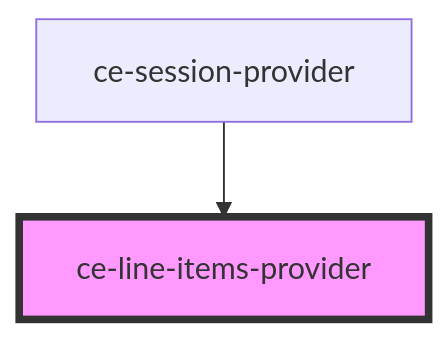
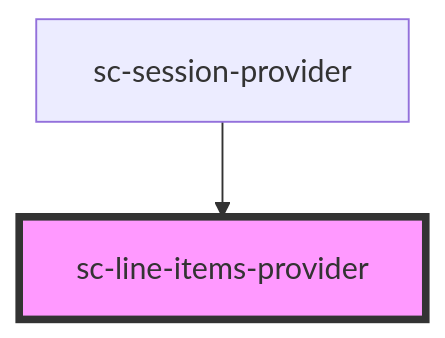
One commit to surecart/surecart-wp-plugin changed the diagram in packages/components/src/components/providers/line-items-provider/readme.md. Above: the diagram before and after it, drawn with Mermaid. The commit also changed other lines of this file and 1281 other files, not shown here.

````diff
--- a/packages/components/src/components/providers/line-items-provider/readme.md
+++ b/packages/components/src/components/providers/line-items-provider/readme.md
@@ -29,5 +29,5 @@
 ```mermaid
 graph TD;
-  ce-session-provider --> ce-line-items-provider
-  style ce-line-items-provider fill:#f9f,stroke:#333,stroke-width:4px
+  sc-session-provider --> sc-line-items-provider
+  style sc-line-items-provider fill:#f9f,stroke:#333,stroke-width:4px
 ```
````
